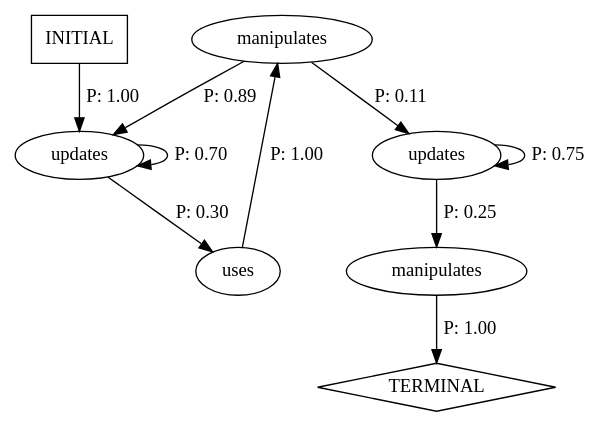
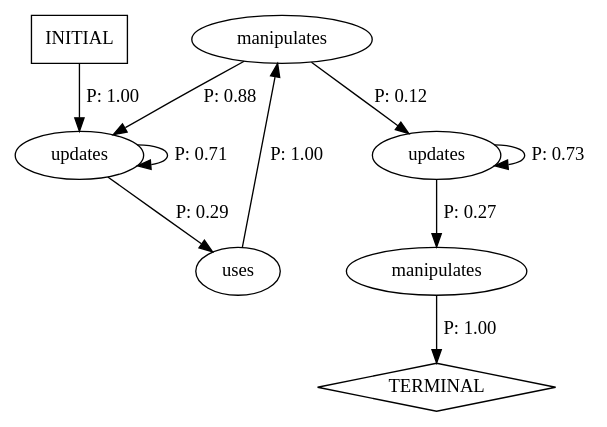
Before and after one commit to ZephyrusLiu/cs520: the diagram in tictactoe-v01/rowGameApp-arch.dot, drawn with Graphviz. The commit also changed 4 other files, not shown here.

```diff
--- a/tictactoe-v01/rowGameApp-arch.dot
+++ b/tictactoe-v01/rowGameApp-arch.dot
@@ -1,18 +1,18 @@
 digraph G {
   0 [label="manipulates"];
   1 [label="manipulates"];
   2 [label="updates"];
   3 [label="updates"];
   4 [label="uses"];
   5 [label="TERMINAL",shape=diamond];
   6 [label="INITIAL",shape=box];
 0->5 [label="P: 1.00"];
-1->2 [label="P: 0.11"];
-1->3 [label="P: 0.89"];
-2->0 [label="P: 0.25"];
-2->2 [label="P: 0.75"];
-3->3 [label="P: 0.70"];
-3->4 [label="P: 0.30"];
+1->2 [label="P: 0.12"];
+1->3 [label="P: 0.88"];
+2->0 [label="P: 0.27"];
+2->2 [label="P: 0.73"];
+3->3 [label="P: 0.71"];
+3->4 [label="P: 0.29"];
 4->1 [label="P: 1.00"];
 6->3 [label="P: 1.00"];
 }
```
